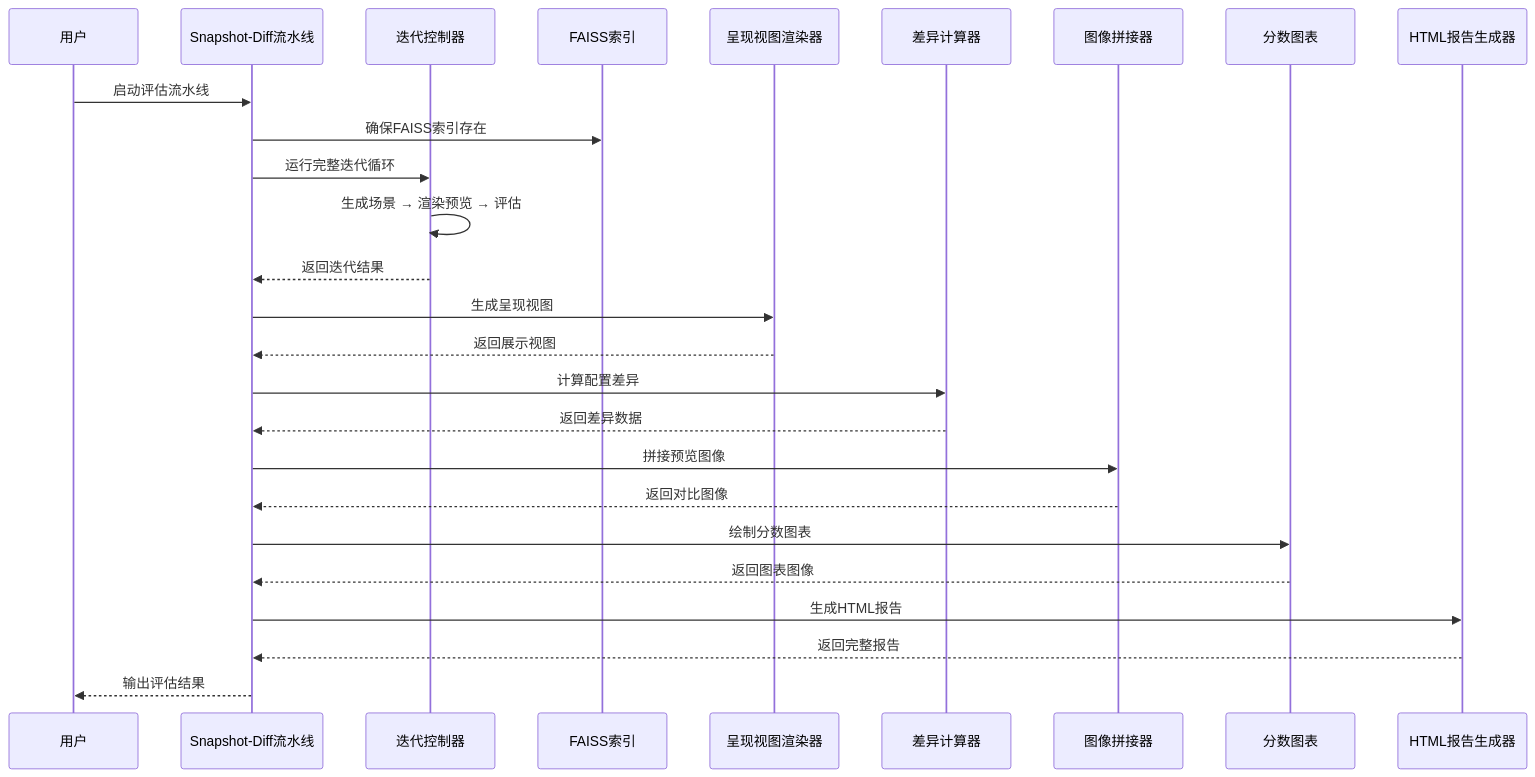
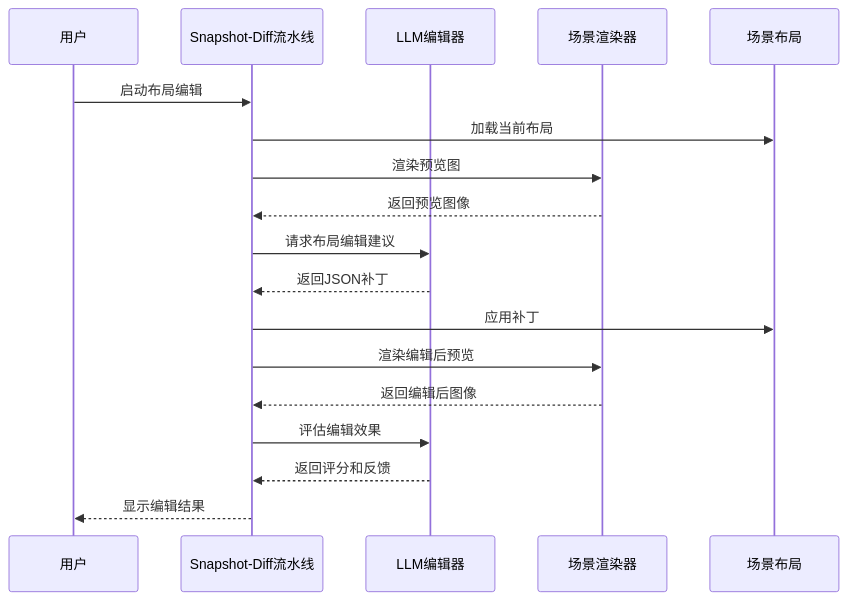
Diagram 13 of 17 in .qoder/repowiki/zh/content/里程碑管道/自动场景生成流水线/自动场景生成流水线.md (wsqstar/RoadGen3D), drawn with Mermaid before and after one commit. The commit also changed other lines of this file and 12 other files, not shown here.

````diff
--- a/.qoder/repowiki/zh/content/里程碑管道/自动场景生成流水线/自动场景生成流水线.md
+++ b/.qoder/repowiki/zh/content/里程碑管道/自动场景生成流水线/自动场景生成流水线.md
@@ -365,28 +471,20 @@
 ```mermaid
 sequenceDiagram
 participant User as 用户
 participant SnapshotDiff as Snapshot-Diff流水线
-participant Controller as 迭代控制器
-participant Index as FAISS索引
-participant Beauty as 呈现视图渲染器
-participant Diff as 差异计算器
-participant Sticher as 图像拼接器
-participant Chart as 分数图表
-participant HTML as HTML报告生成器
-User->>SnapshotDiff : 启动评估流水线
-SnapshotDiff->>Index : 确保FAISS索引存在
-SnapshotDiff->>Controller : 运行完整迭代循环
-Controller->>Controller : 生成场景 → 渲染预览 → 评估
-Controller-->>SnapshotDiff : 返回迭代结果
-SnapshotDiff->>Beauty : 生成呈现视图
-Beauty-->>SnapshotDiff : 返回展示视图
-SnapshotDiff->>Diff : 计算配置差异
-Diff-->>SnapshotDiff : 返回差异数据
-SnapshotDiff->>Sticher : 拼接预览图像
-Sticher-->>SnapshotDiff : 返回对比图像
-SnapshotDiff->>Chart : 绘制分数图表
-Chart-->>SnapshotDiff : 返回图表图像
-SnapshotDiff->>HTML : 生成HTML报告
-HTML-->>SnapshotDiff : 返回完整报告
-SnapshotDiff-->>User : 输出评估结果
+participant LLM as LLM编辑器
+participant Renderer as 场景渲染器
+participant Layout as 场景布局
+User->>SnapshotDiff : 启动布局编辑
+SnapshotDiff->>Layout : 加载当前布局
+SnapshotDiff->>Renderer : 渲染预览图
+Renderer-->>SnapshotDiff : 返回预览图像
+SnapshotDiff->>LLM : 请求布局编辑建议
+LLM-->>SnapshotDiff : 返回JSON补丁
+SnapshotDiff->>Layout : 应用补丁
+SnapshotDiff->>Renderer : 渲染编辑后预览
+Renderer-->>SnapshotDiff : 返回编辑后图像
+SnapshotDiff->>LLM : 评估编辑效果
+LLM-->>SnapshotDiff : 返回评分和反馈
+SnapshotDiff-->>User : 显示编辑结果
 ```
````
